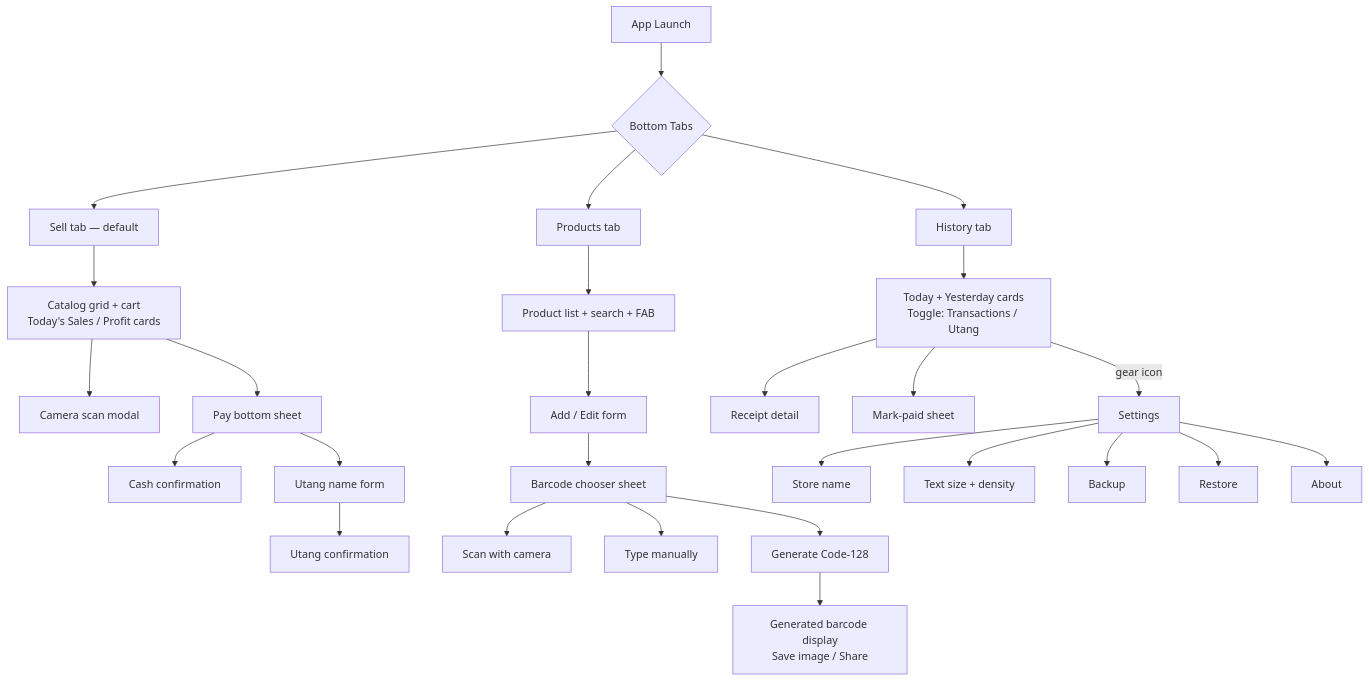
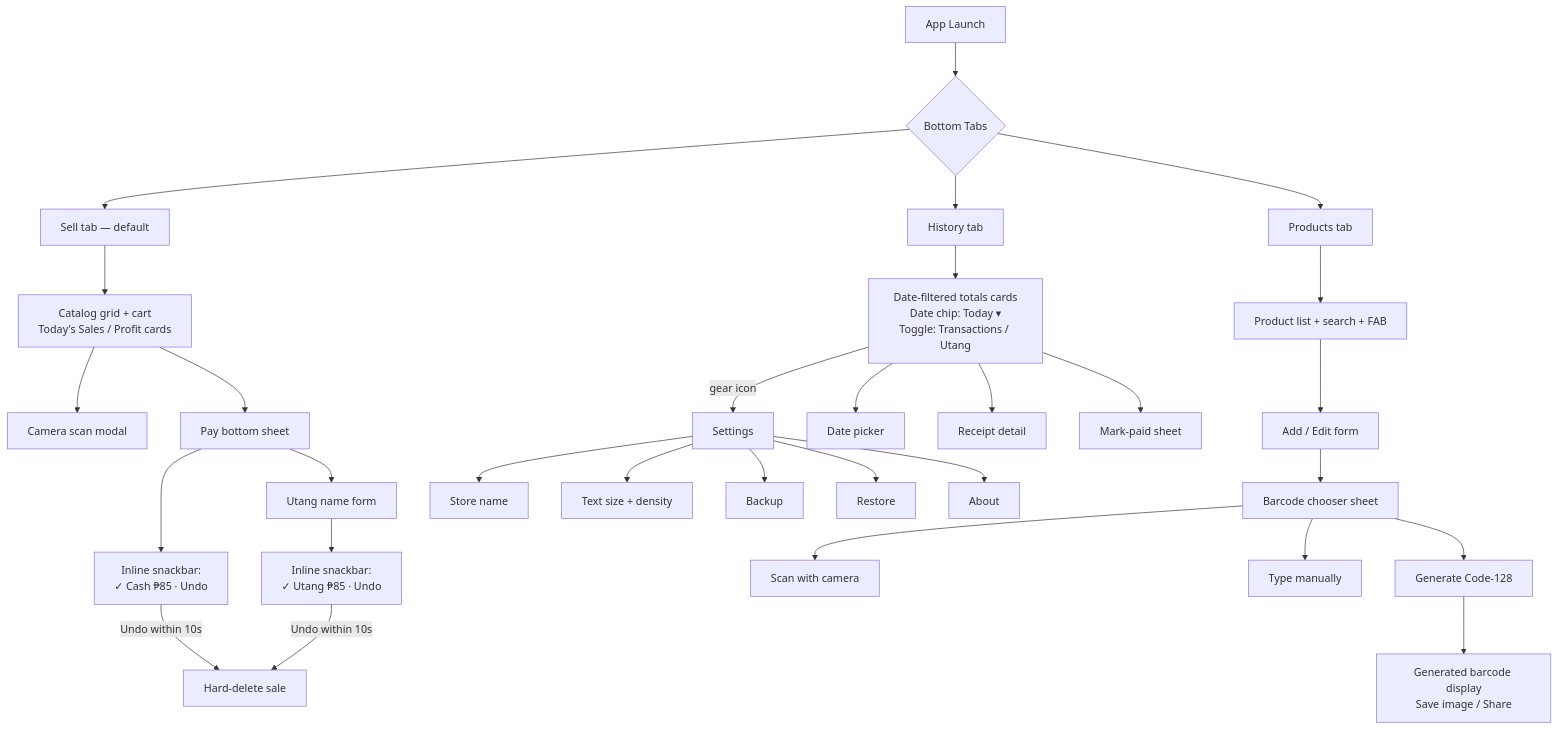
One commit to BryJavier/simple-sari-sari changed the first of 11 diagrams in docs/superpowers/specs/2026-05-10-sari-sari-pos-design.md. Above: the diagram before and after it, drawn with Mermaid. The commit also changed other lines of this file, not shown here.

````diff
--- a/docs/superpowers/specs/2026-05-10-sari-sari-pos-design.md
+++ b/docs/superpowers/specs/2026-05-10-sari-sari-pos-design.md
@@ -61,33 +61,36 @@
 ```mermaid
 flowchart TD
     A[App Launch] --> Tabs{Bottom Tabs}
     Tabs --> Sell[Sell tab — default]
     Tabs --> Products[Products tab]
     Tabs --> History[History tab]
 
     Sell --> SellMain[Catalog grid + cart<br/>Today's Sales / Profit cards]
     SellMain --> CamScan[Camera scan modal]
     SellMain --> PaySheet[Pay bottom sheet]
-    PaySheet --> CashConfirm[Cash confirmation]
+    PaySheet --> CashSnack[Inline snackbar:<br/>✓ Cash ₱85 · Undo]
     PaySheet --> UtangForm[Utang name form]
-    UtangForm --> UtangConfirm[Utang confirmation]
+    UtangForm --> UtangSnack[Inline snackbar:<br/>✓ Utang ₱85 · Undo]
+    CashSnack -->|Undo within 10s| Delete[Hard-delete sale]
+    UtangSnack -->|Undo within 10s| Delete
 
     Products --> ProductList[Product list + search + FAB]
     ProductList --> ProductForm[Add / Edit form]
     ProductForm --> BarcodeSheet[Barcode chooser sheet]
     BarcodeSheet --> ScanCam[Scan with camera]
     BarcodeSheet --> ManualType[Type manually]
     BarcodeSheet --> Generate[Generate Code-128]
     Generate --> BarcodeView[Generated barcode display<br/>Save image / Share]
 
-    History --> HistoryMain[Today + Yesterday cards<br/>Toggle: Transactions / Utang]
+    History --> HistoryMain[Date-filtered totals cards<br/>Date chip: Today ▾<br/>Toggle: Transactions / Utang]
+    HistoryMain --> DatePick[Date picker]
     HistoryMain --> TxnDetail[Receipt detail]
     HistoryMain --> UtangPay[Mark-paid sheet]
     HistoryMain -->|gear icon| Settings
 
     Settings --> SetStore[Store name]
     Settings --> SetDisplay[Text size + density]
     Settings --> SetBackup[Backup]
     Settings --> SetRestore[Restore]
     Settings --> SetAbout[About]
 ```
````
